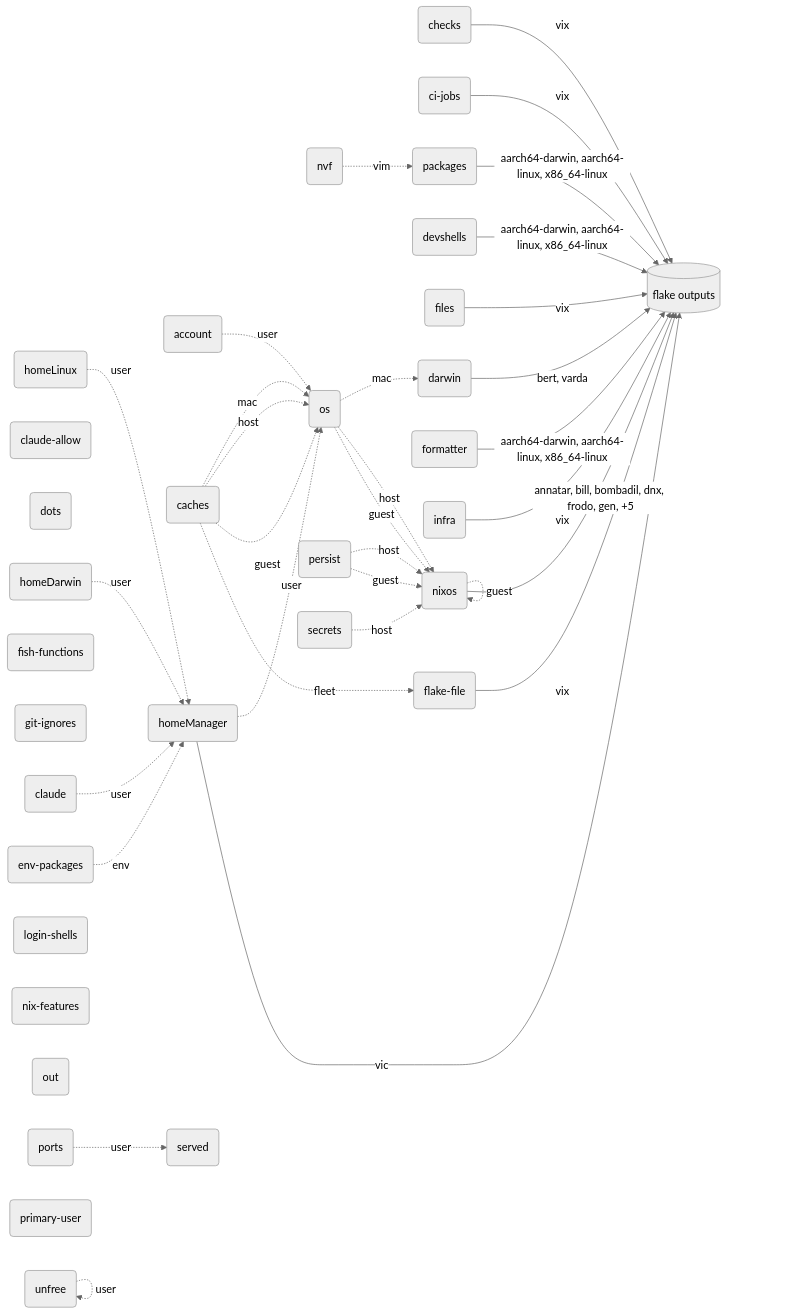
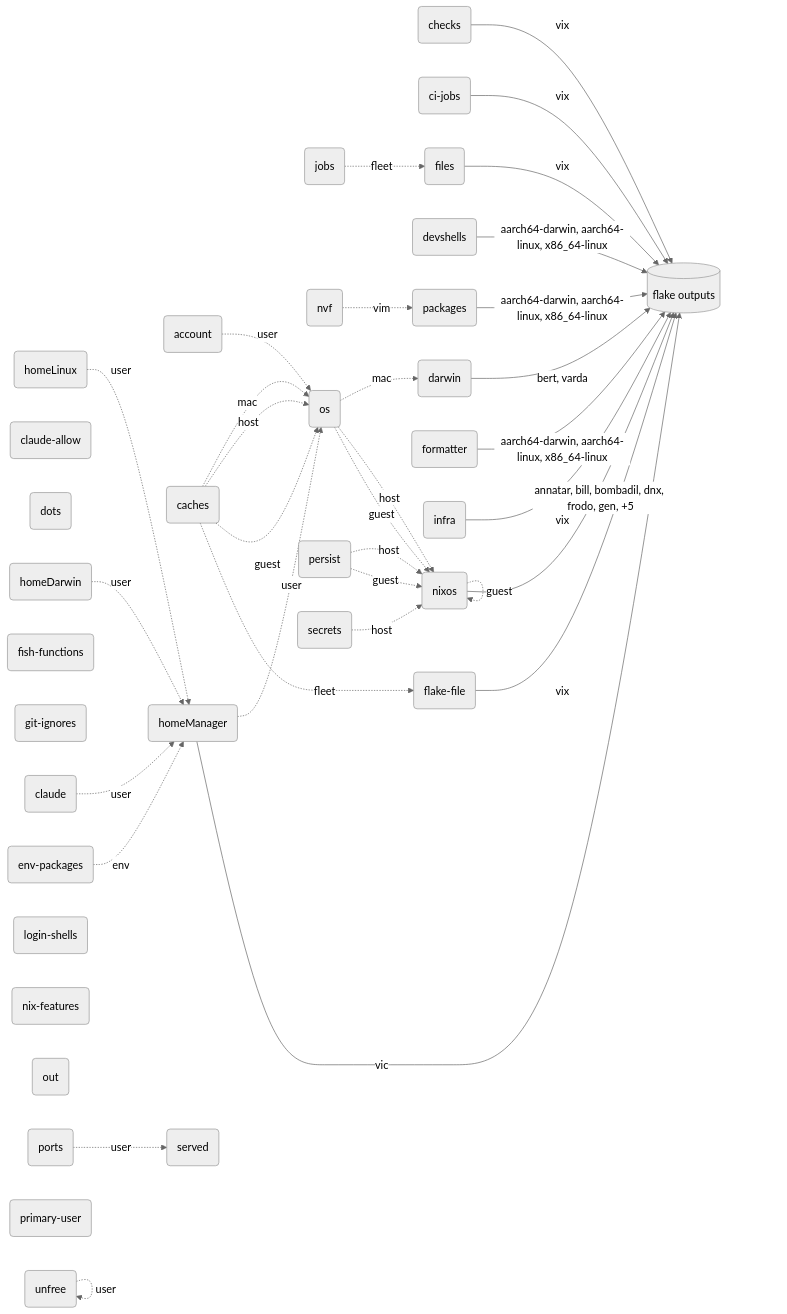
One commit to vic/vix changed the third of 11 diagrams in README.md. Above: the diagram before and after it, drawn with Mermaid (neutral theme). The commit also changed other lines of this file and 10 other files, not shown here.

````diff
--- a/README.md
+++ b/README.md
@@ -218,67 +218,69 @@
 ```mermaid
 flowchart LR
   ncc24ba33bb("account")
   n136fe03a6b("caches")
   n427fbcd67e("checks")
   n485f073170("ci-jobs")
   ndf6c3caaba("claude")
   nb1c46c9de4("claude-allow")
   na4a7496f4e("darwin")
   n51a9bdc0dd("devshells")
   n13cb5a8d50("dots")
   nf4212291b1("env-packages")
   n5d2b151b79("files")
   n9bd084e3fc("fish-functions")
   n632ce41da4("flake-file")
   nf20579bf97("formatter")
   n7743c6b24d("git-ignores")
   n6c02586eb3("homeDarwin")
   nb4d870f4dd("homeLinux")
   n105bdfb4bb("homeManager")
   nb1ac840462("infra")
+  n92ad230904("jobs")
   ne192466e57("login-shells")
   n782e55e2e1("nix-features")
   na788f0f454("nixos")
   n1cfcecf848("nvf")
   na38fcc0344("os")
   nc03228363e("out")
   n81a4f97a16("packages")
   n9608c364fa("persist")
   n6c86c940a2("ports")
   n0cdc5d522d("primary-user")
   n7bec19a8d7("secrets")
   n9a71542fa0("served")
   n2306021a40("unfree")
   n4218c12206[("flake outputs")]
   nf4212291b1 -.->|"env"| n105bdfb4bb
   n105bdfb4bb -->|"vic"| n4218c12206
   n136fe03a6b -.->|"fleet"| n632ce41da4
   n427fbcd67e -->|"vix"| n4218c12206
   n485f073170 -->|"vix"| n4218c12206
   n5d2b151b79 -->|"vix"| n4218c12206
   n632ce41da4 -->|"vix"| n4218c12206
   nb1ac840462 -->|"vix"| n4218c12206
+  n92ad230904 -.->|"fleet"| n5d2b151b79
   n136fe03a6b -.->|"guest"| na38fcc0344
   na788f0f454 -.->|"guest"| na788f0f454
   na38fcc0344 -.->|"guest"| na788f0f454
   n9608c364fa -.->|"guest"| na788f0f454
   n136fe03a6b -.->|"host"| na38fcc0344
   na788f0f454 -->|"annatar, bill, bombadil, dnx, frodo, gen, +5"| n4218c12206
   na38fcc0344 -.->|"host"| na788f0f454
   n9608c364fa -.->|"host"| na788f0f454
   n7bec19a8d7 -.->|"host"| na788f0f454
   n136fe03a6b -.->|"mac"| na38fcc0344
   na4a7496f4e -->|"bert, varda"| n4218c12206
   na38fcc0344 -.->|"mac"| na4a7496f4e
   n51a9bdc0dd -->|"aarch64-darwin, aarch64-linux, x86_64-linux"| n4218c12206
   nf20579bf97 -->|"aarch64-darwin, aarch64-linux, x86_64-linux"| n4218c12206
   n81a4f97a16 -->|"aarch64-darwin, aarch64-linux, x86_64-linux"| n4218c12206
   ncc24ba33bb -.->|"user"| na38fcc0344
   ndf6c3caaba -.->|"user"| n105bdfb4bb
   n6c02586eb3 -.->|"user"| n105bdfb4bb
   nb4d870f4dd -.->|"user"| n105bdfb4bb
   n105bdfb4bb -.->|"user"| na38fcc0344
   n6c86c940a2 -.->|"user"| n9a71542fa0
   n2306021a40 -.->|"user"| n2306021a40
   n1cfcecf848 -.->|"vim"| n81a4f97a16
 ```
````
